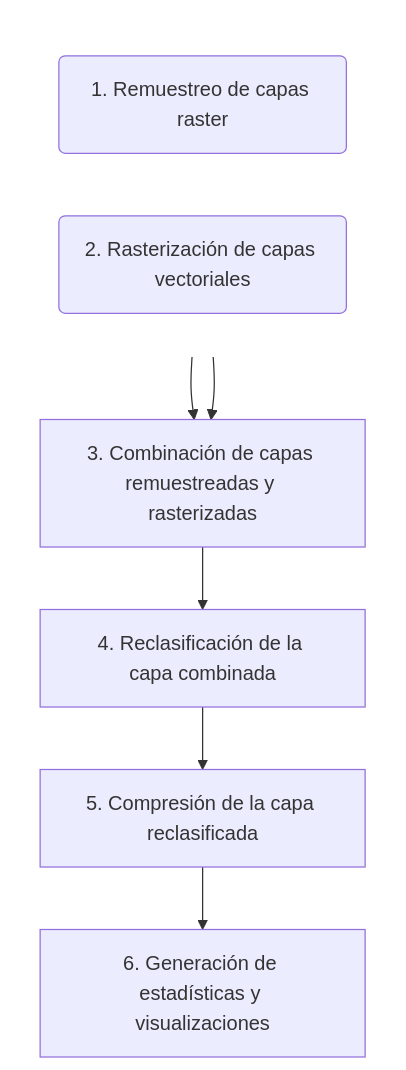
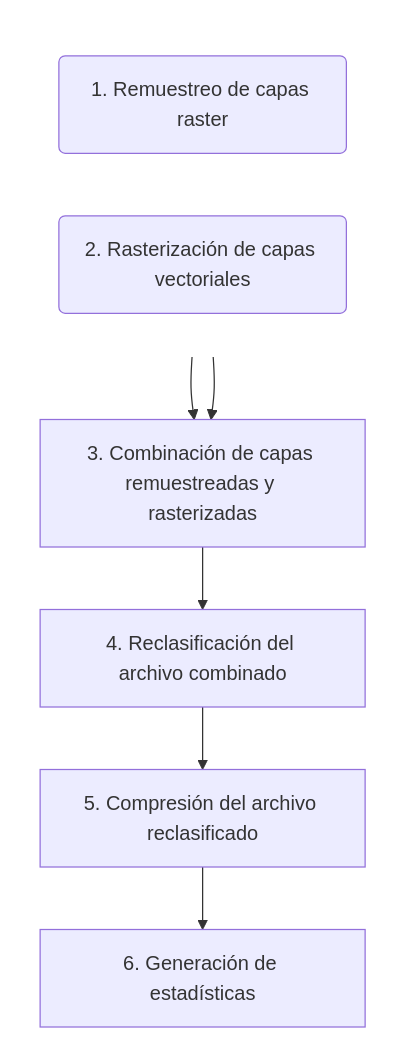
The diagram in contenido/2020/02-procesamiento.qmd (mapa-agropecuario-bosques/mapa-agropecuario-bosques.github.io), drawn with Mermaid before and after one commit. The commit also changed other lines of this file and 3 other files, not shown here.

````diff
--- a/contenido/2020/02-procesamiento.qmd
+++ b/contenido/2020/02-procesamiento.qmd
@@ -16,19 +16,19 @@
 ```{mermaid}
 %%| label: fig-procesamiento
 %%| fig-cap: Procesamiento de datos.
 
 flowchart TB
     subgraph Procesos_1_2 [ ]
       direction LR
       A("1. Remuestreo de capas raster")
       B("2. Rasterización de capas vectoriales")
     end
 
     style Procesos_1_2 fill:none,stroke:none
 
     A --> C["3. Combinación de capas remuestreadas y rasterizadas"]
     B --> C
-    C --> D["4. Reclasificación de la capa combinada"]
-    D --> E["5. Compresión de la capa reclasificada"]
-    E --> F["6. Generación de estadísticas y visualizaciones"]
+    C --> D["4. Reclasificación del archivo combinado"]
+    D --> E["5. Compresión del archivo reclasificado"]
+    E --> F["6. Generación de estadísticas"]
 ```
````
